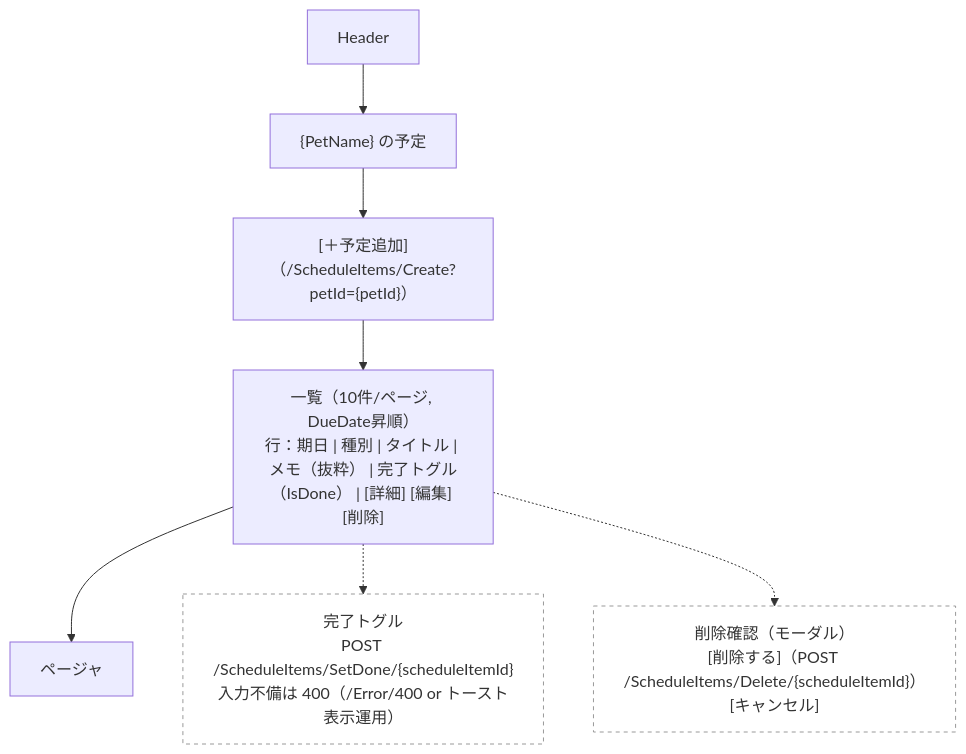
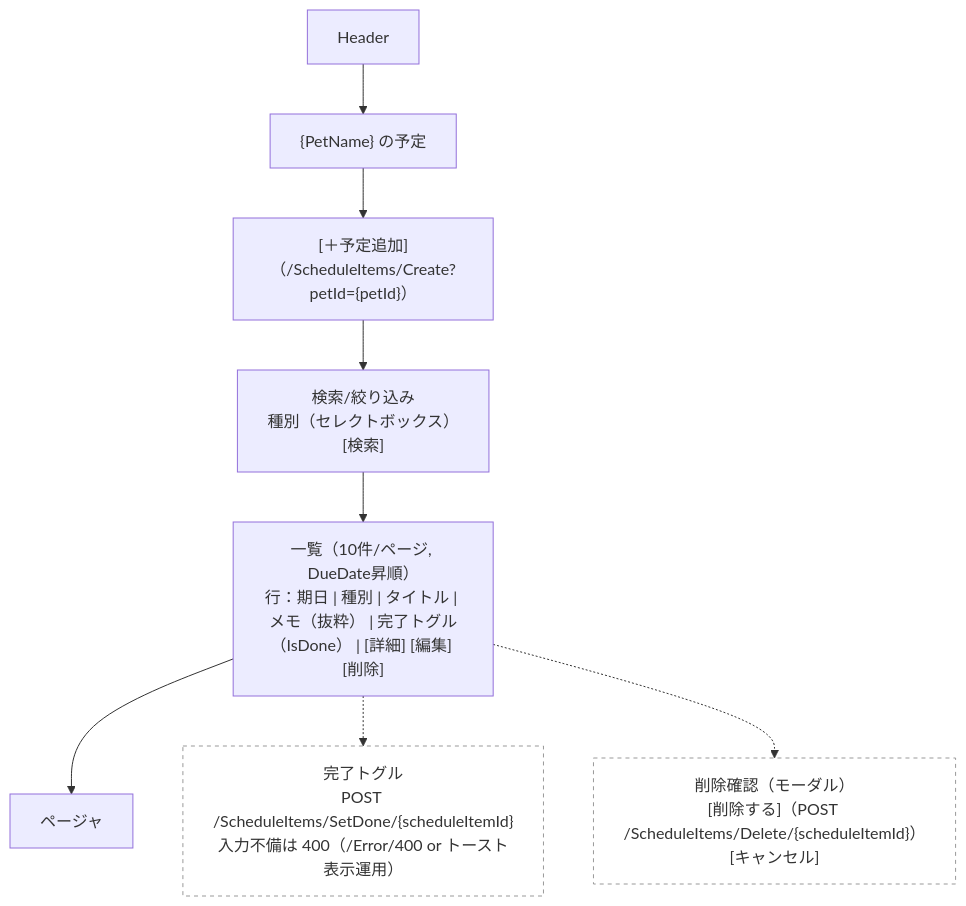
Before and after one commit to Cat5Dog2/PetHealthManagement: diagram 15 of 23 in docs/ui-wireframe.md, drawn with Mermaid. The commit also changed other lines of this file and 3 other files, not shown here.

````diff
--- a/docs/ui-wireframe.md
+++ b/docs/ui-wireframe.md
@@ -247,16 +247,17 @@
 ```mermaid
 flowchart TB
   Header["Header"]
   Title["{PetName} の予定"]
   Actions["[＋予定追加]（/ScheduleItems/Create?petId={petId}）"]
+  Filters["検索/絞り込み<br/>種別（セレクトボックス）<br/>[検索]"]
   List["一覧（10件/ページ, DueDate昇順）<br/>行：期日 | 種別 | タイトル | メモ（抜粋） | 完了トグル（IsDone） | [詳細] [編集] [削除]"]
   Pager["ページャ"]
   ToggleNote["完了トグル<br/>POST /ScheduleItems/SetDone/{scheduleItemId}<br/>入力不備は 400（/Error/400 or トースト表示運用）"]:::note
   DeleteConfirm["削除確認（モーダル）<br/>[削除する]（POST /ScheduleItems/Delete/{scheduleItemId}）<br/>[キャンセル]"]:::note
 
-  Header --> Title --> Actions --> List --> Pager
+  Header --> Title --> Actions --> Filters --> List --> Pager
   List -.-> ToggleNote
   List -.-> DeleteConfirm
 
   classDef note fill:#fff,stroke:#999,stroke-dasharray: 4 4,color:#333;
 ```
````
